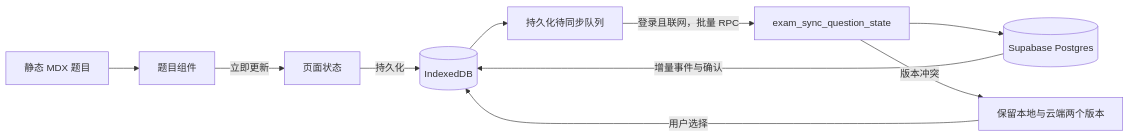
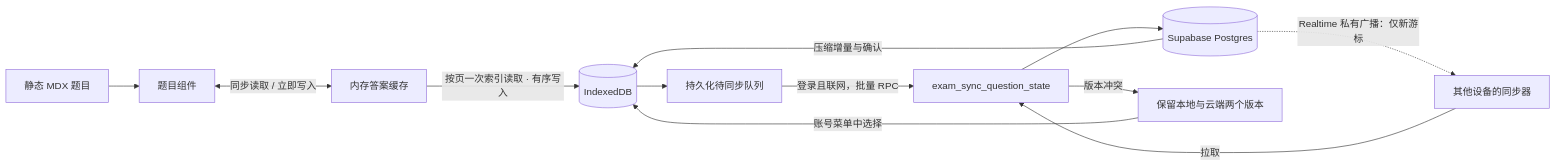
Before and after one commit to ActiveInsighter/exam-docs: the diagram in docs/question-database.md, drawn with Mermaid. The commit also changed other lines of this file and 32 other files, not shown here.

````diff
--- a/docs/question-database.md
+++ b/docs/question-database.md
@@ -23,12 +23,14 @@
 ```mermaid
 flowchart LR
   MDX[静态 MDX 题目] --> UI[题目组件]
-  UI -->|立即更新| Memory[页面状态]
-  Memory -->|持久化| IDB[(IndexedDB)]
+  UI <-->|同步读取 / 立即写入| Cache[内存答案缓存]
+  Cache -->|按页一次索引读取 · 有序写入| IDB[(IndexedDB)]
   IDB --> Outbox[持久化待同步队列]
   Outbox -->|登录且联网，批量 RPC| RPC[exam_sync_question_state]
   RPC --> DB[(Supabase Postgres)]
-  DB -->|增量事件与确认| IDB
+  DB -->|压缩增量与确认| IDB
+  DB -.->|Realtime 私有广播：仅新游标| Engine[其他设备的同步器]
+  Engine -->|拉取| RPC
   RPC -->|版本冲突| Conflict[保留本地与云端两个版本]
-  Conflict -->|用户选择| IDB
+  Conflict -->|账号菜单中选择| IDB
 ```
````
